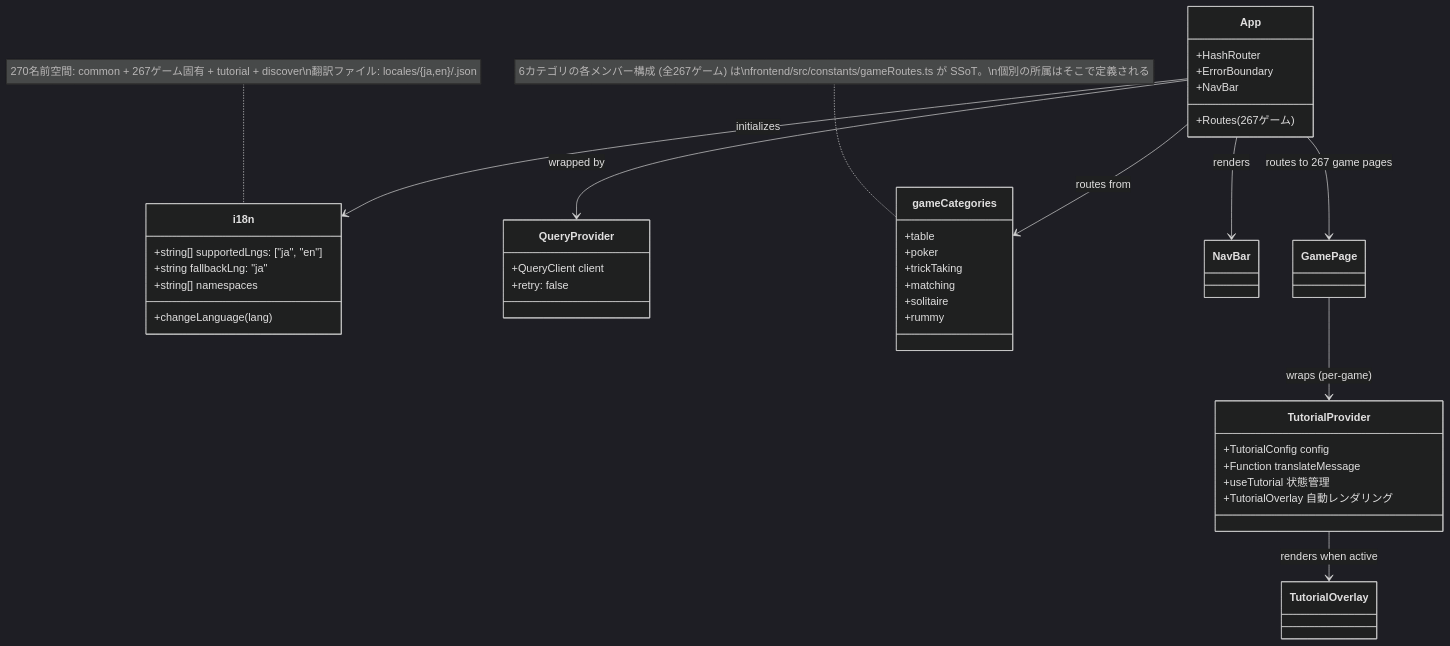
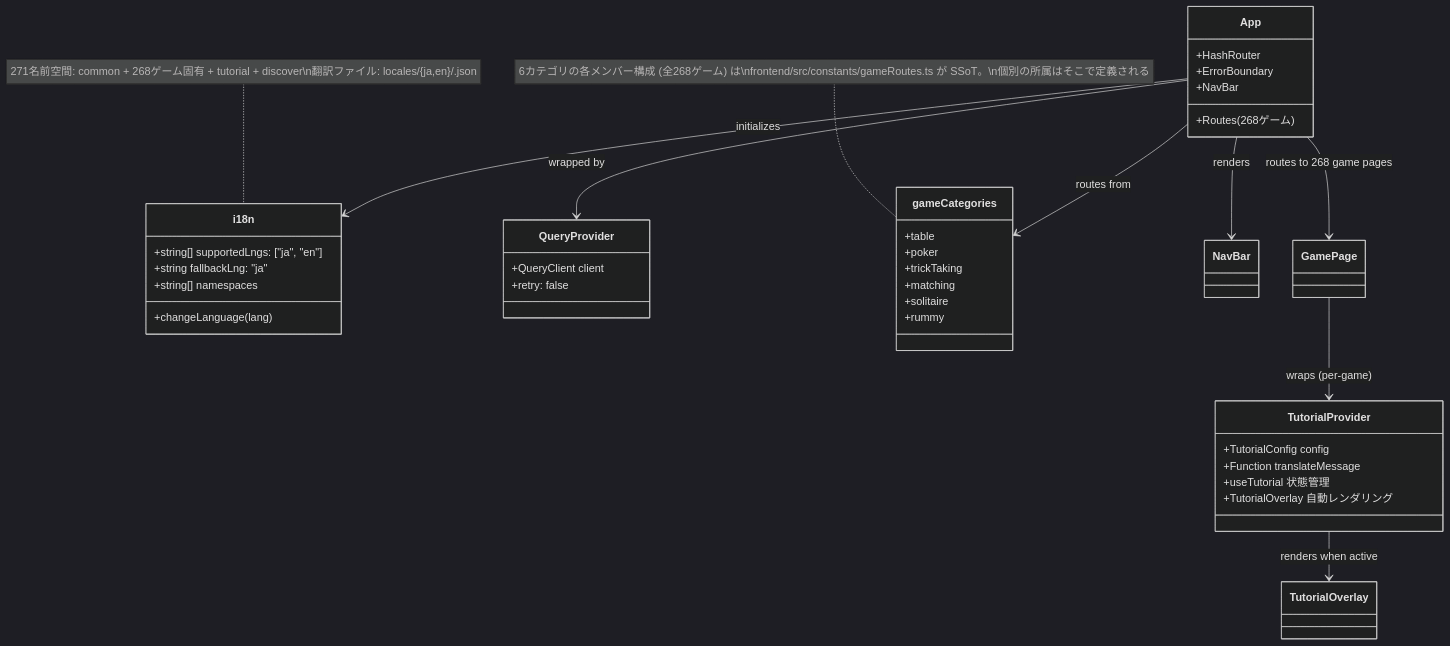
Before and after one commit to yuta-yoshinaga/go_trumpcards: the ninth of 49 diagrams in docs/design/frontend.md, drawn with Mermaid (dark theme). The commit also changed other lines of this file and 59 other files, not shown here.

````diff
--- a/docs/design/frontend.md
+++ b/docs/design/frontend.md
@@ -1869,48 +1869,48 @@
 ```mermaid
 classDiagram
     class i18n {
         +string[] supportedLngs: ["ja", "en"]
         +string fallbackLng: "ja"
         +string[] namespaces
         +changeLanguage(lang)
     }
 
     class QueryProvider {
         +QueryClient client
         +retry: false
     }
 
     class App {
         +HashRouter
         +ErrorBoundary
         +NavBar
-        +Routes (267ゲーム)
+        +Routes (268ゲーム)
     }
 
     class gameCategories {
         +table
         +poker
         +trickTaking
         +matching
         +solitaire
         +rummy
     }
-    note for gameCategories "6カテゴリの各メンバー構成 (全267ゲーム) は\nfrontend/src/constants/gameRoutes.ts が SSoT。\n個別の所属はそこで定義される"
+    note for gameCategories "6カテゴリの各メンバー構成 (全268ゲーム) は\nfrontend/src/constants/gameRoutes.ts が SSoT。\n個別の所属はそこで定義される"
 
     class TutorialProvider {
         +TutorialConfig config
         +Function translateMessage
         +useTutorial 状態管理
         +TutorialOverlay 自動レンダリング
     }
 
     App --> QueryProvider : wrapped by
     App --> i18n : initializes
     App --> gameCategories : routes from
     App --> NavBar : renders
-    App --> GamePage : routes to 267 game pages
+    App --> GamePage : routes to 268 game pages
     GamePage --> TutorialProvider : wraps (per-game)
     TutorialProvider --> TutorialOverlay : renders when active
 
-    note for i18n "270名前空間: common + 267ゲーム固有 + tutorial + discover\n翻訳ファイル: locales/{ja,en}/<game>.json"
+    note for i18n "271名前空間: common + 268ゲーム固有 + tutorial + discover\n翻訳ファイル: locales/{ja,en}/<game>.json"
 ```
````
